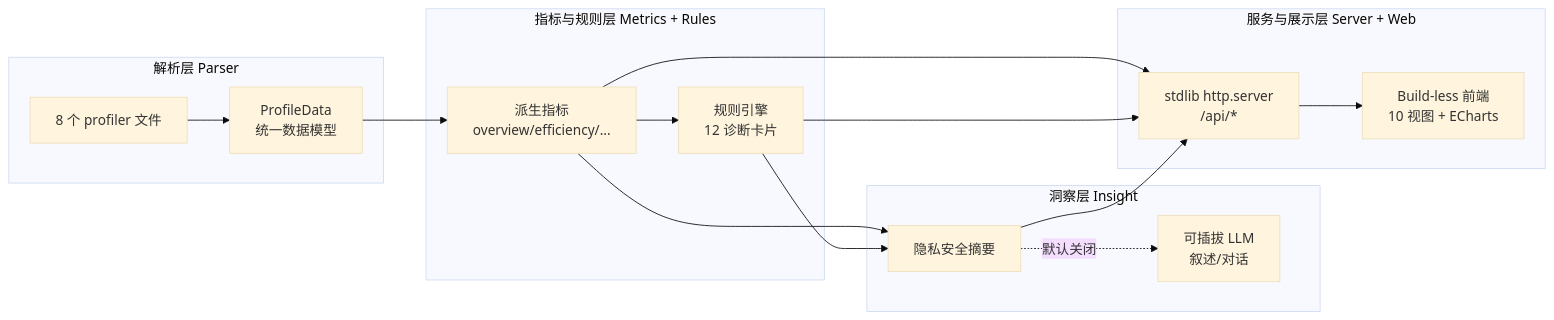
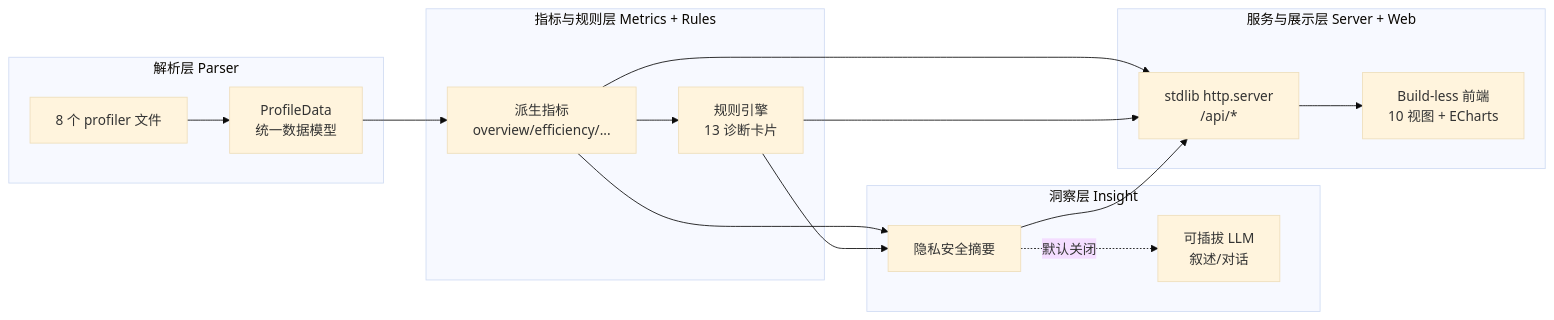
One commit to ai-v5/LLMInsight changed the first of 2 diagrams in doc/02-architecture.md. Above: the diagram before and after it, drawn with Mermaid (base theme). The commit also changed other lines of this file and 14 other files, not shown here.

````diff
--- a/doc/02-architecture.md
+++ b/doc/02-architecture.md
@@ -9,21 +9,21 @@
 ```mermaid
 flowchart LR
   subgraph 解析层 Parser
     A[8 个 profiler 文件] --> B[ProfileData<br/>统一数据模型]
   end
   subgraph 指标与规则层 Metrics + Rules
     B --> C[派生指标<br/>overview/efficiency/...]
-    C --> D[规则引擎<br/>12 诊断卡片]
+    C --> D[规则引擎<br/>13 诊断卡片]
   end
   subgraph 洞察层 Insight
     C --> E[隐私安全摘要]
     D --> E
     E -. 默认关闭 .-> F[可插拔 LLM<br/>叙述/对话]
   end
   subgraph 服务与展示层 Server + Web
     C --> G[stdlib http.server<br/>/api/*]
     D --> G
     E --> G
     G --> H[Build-less 前端<br/>10 视图 + ECharts]
   end
 ```
````
